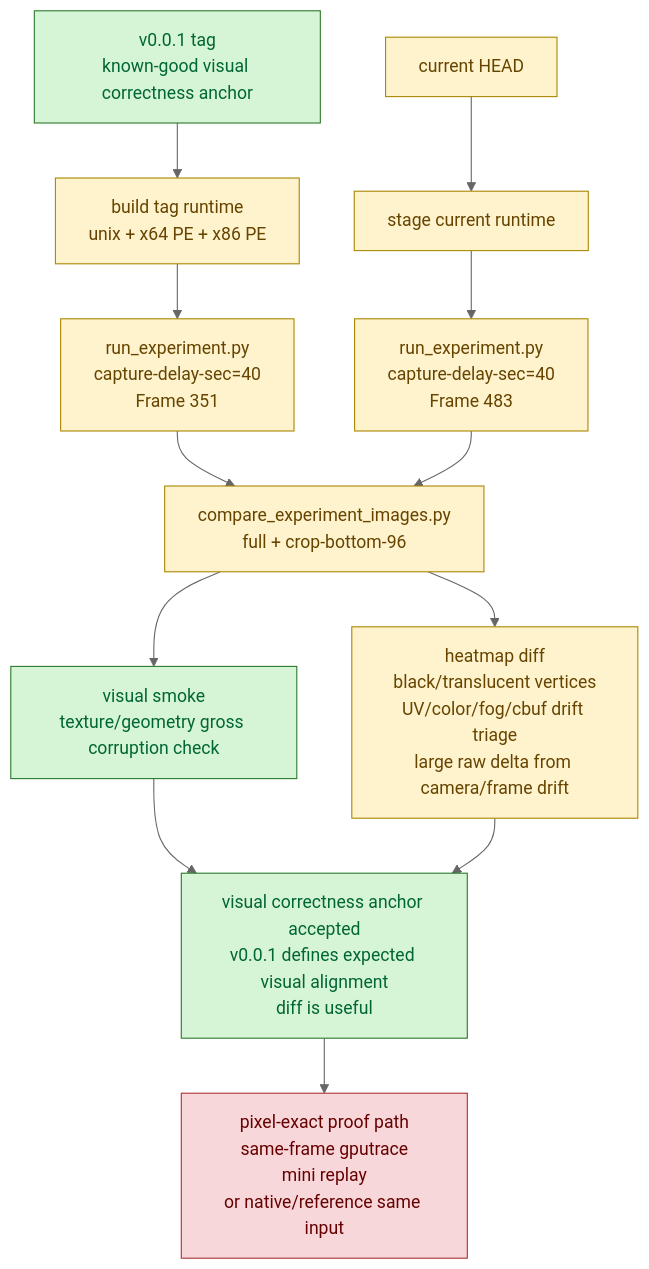
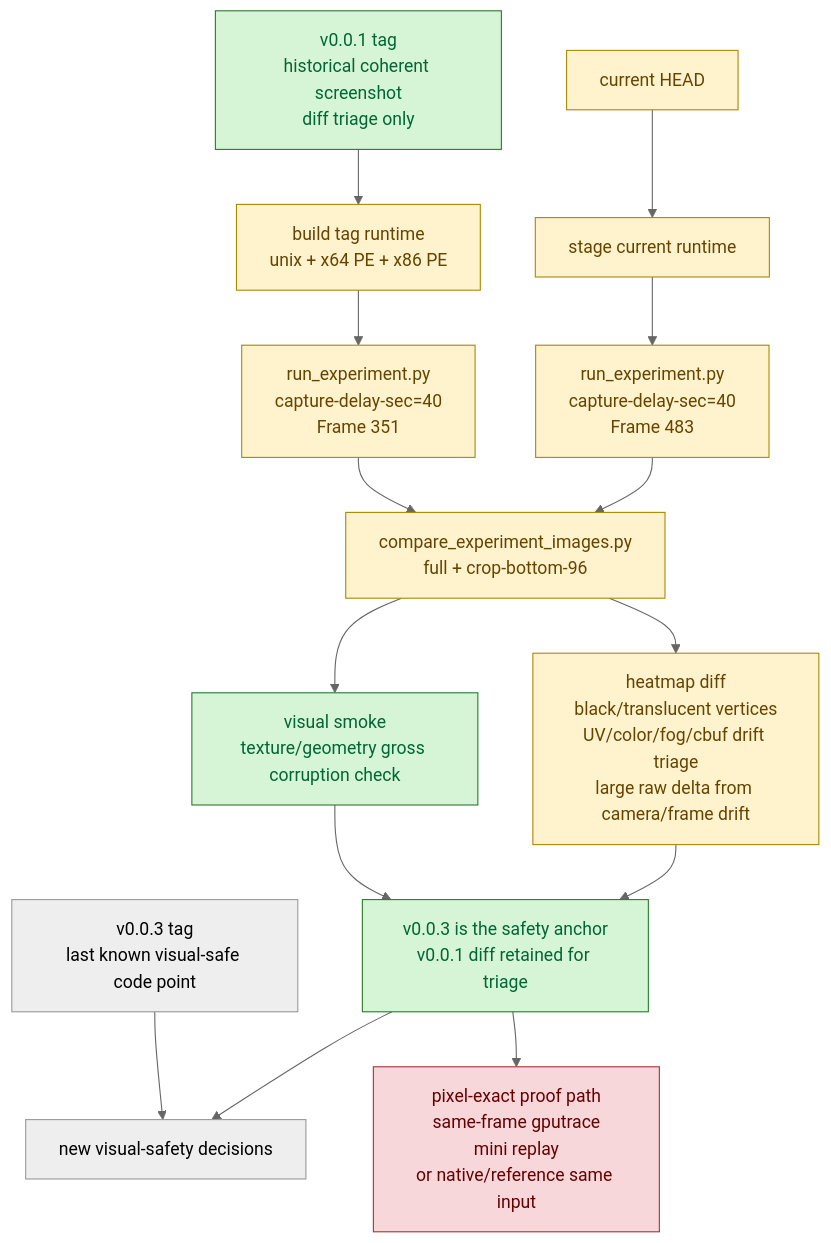
Before and after one commit to dfdgsdfg/dxmt9: the diagram in docs/perfomance/baselines/baselines-visual-capture.02.md, drawn with Mermaid (neutral theme). The commit also changed other lines of this file and 127 other files, not shown here.

````diff
--- a/docs/perfomance/baselines/baselines-visual-capture.02.md
+++ b/docs/perfomance/baselines/baselines-visual-capture.02.md
@@ -79,26 +84,28 @@
 ```mermaid
 flowchart TD
-  Anchor["v0.0.1 tag\nknown-good visual correctness anchor"] --> Build["build tag runtime\nunix + x64 PE + x86 PE"]
+  Anchor["v0.0.1 tag\nhistorical coherent screenshot\ndiff triage only"] --> Build["build tag runtime\nunix + x64 PE + x86 PE"]
+  V003["v0.0.3 tag\nlast known visual-safe code point"] --> CurrentGate["new visual-safety decisions"]
   Current["current HEAD"] --> StageCurrent["stage current runtime"]
 
   Build --> RunOld["run_experiment.py\ncapture-delay-sec=40\nFrame 351"]
   StageCurrent --> RunNew["run_experiment.py\ncapture-delay-sec=40\nFrame 483"]
 
   RunOld --> Compare["compare_experiment_images.py\nfull + crop-bottom-96"]
   RunNew --> Compare
 
   Compare --> Diff["heatmap diff\nblack/translucent vertices\nUV/color/fog/cbuf drift triage\nlarge raw delta from camera/frame drift"]
   Compare --> Smoke["visual smoke\ntexture/geometry gross corruption check"]
 
-  Smoke --> Verdict["visual correctness anchor accepted\nv0.0.1 defines expected visual alignment\ndiff is useful"]
+  Smoke --> Verdict["v0.0.3 is the safety anchor\nv0.0.1 diff retained for triage"]
   Diff --> Verdict
+  Verdict --> CurrentGate
 
   Verdict --> StrongProof["pixel-exact proof path\nsame-frame gputrace\nmini replay\nor native/reference same input"]
 
   classDef good fill:#d6f5d6,stroke:#2b7a2b,color:#063
   classDef warn fill:#fff3cd,stroke:#a80,color:#640
   classDef bad fill:#f8d7da,stroke:#a33,color:#600
   class Anchor,Smoke,Verdict good
   class Build,Current,StageCurrent,RunOld,RunNew,Compare,Diff warn
   class StrongProof bad
 ```
````
